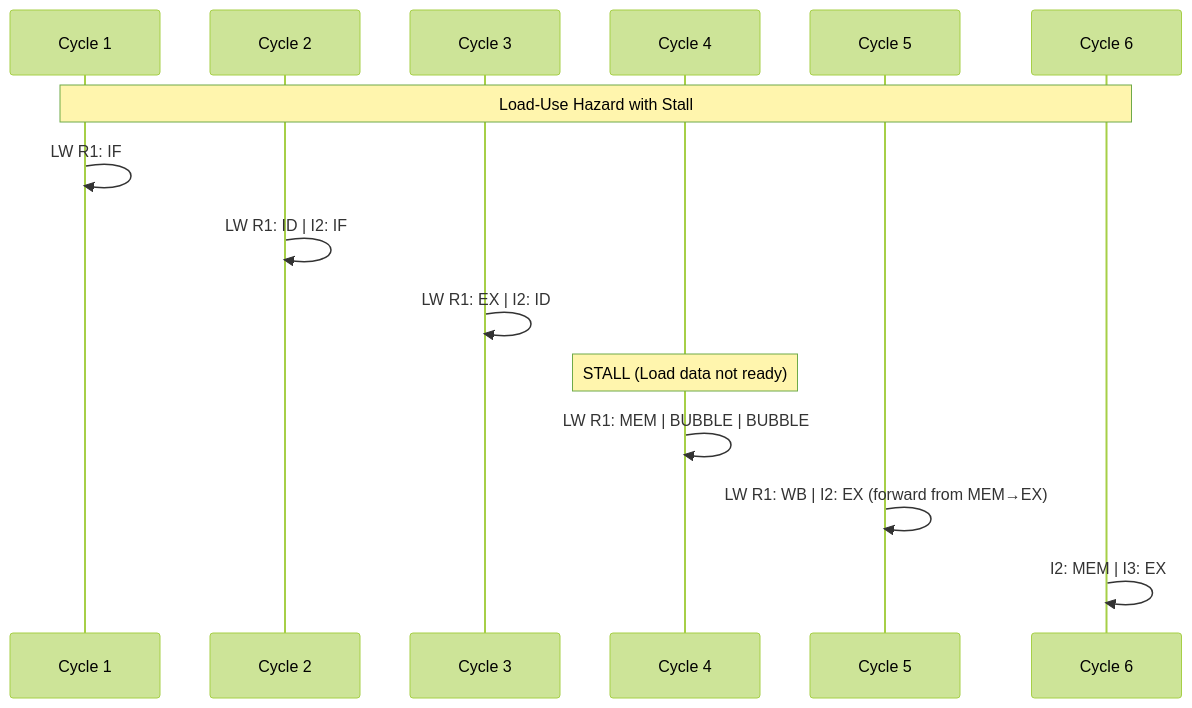
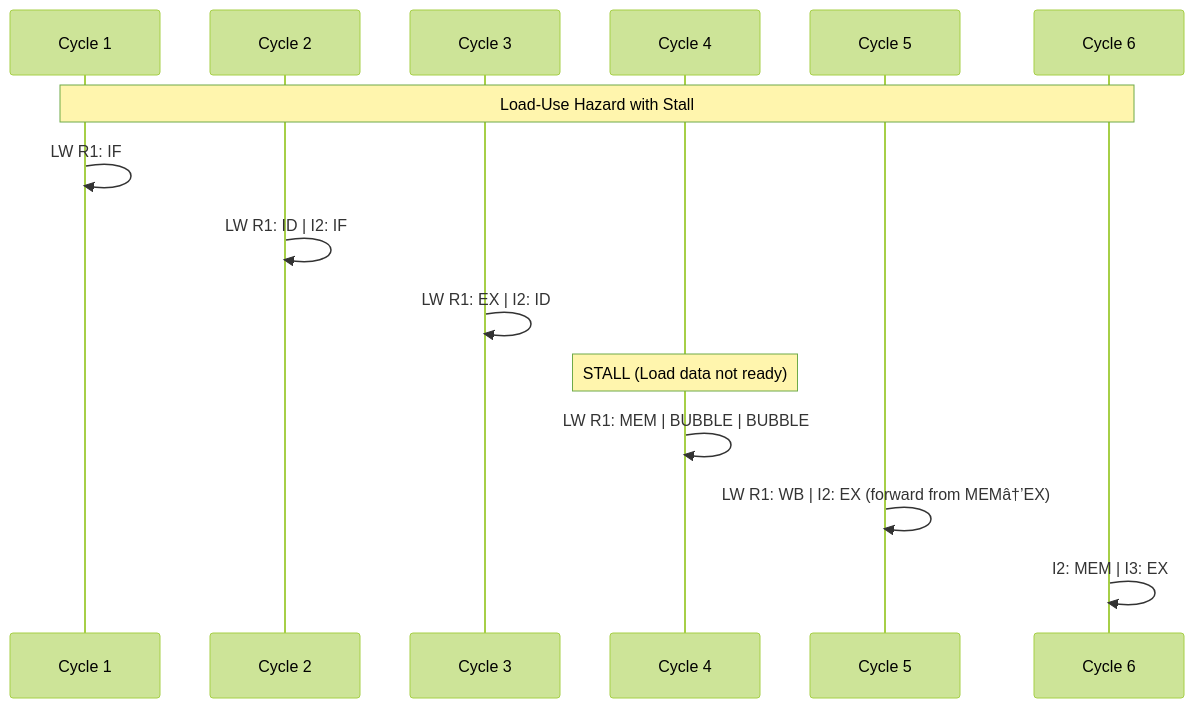
One commit to Raushan666java/ai-engineering-journey changed the sixth of 8 diagrams in docs/courses/computer-architecture/04-pipelining-hazards.md. Above: the diagram before and after it, drawn with Mermaid (forest theme). The commit also changed other lines of this file and 735 other files, not shown here.

````diff
--- a/docs/courses/computer-architecture/04-pipelining-hazards.md
+++ b/docs/courses/computer-architecture/04-pipelining-hazards.md
@@ -1148,18 +1148,18 @@
 ```mermaid
 sequenceDiagram
     participant C1 as Cycle 1
     participant C2 as Cycle 2
     participant C3 as Cycle 3
     participant C4 as Cycle 4
     participant C5 as Cycle 5
     participant C6 as Cycle 6
     
     Note over C1,C6: Load-Use Hazard with Stall
     C1->>C1: LW R1: IF
     C2->>C2: LW R1: ID | I2: IF
     C3->>C3: LW R1: EX | I2: ID
     Note over C4: STALL (Load data not ready)
     C4->>C4: LW R1: MEM | BUBBLE | BUBBLE
-    C5->>C5: LW R1: WB | I2: EX (forward from MEM→EX)
+    C5->>C5: LW R1: WB | I2: EX (forward from MEMâ†’EX)
     C6->>C6: I2: MEM | I3: EX
 ```
````
